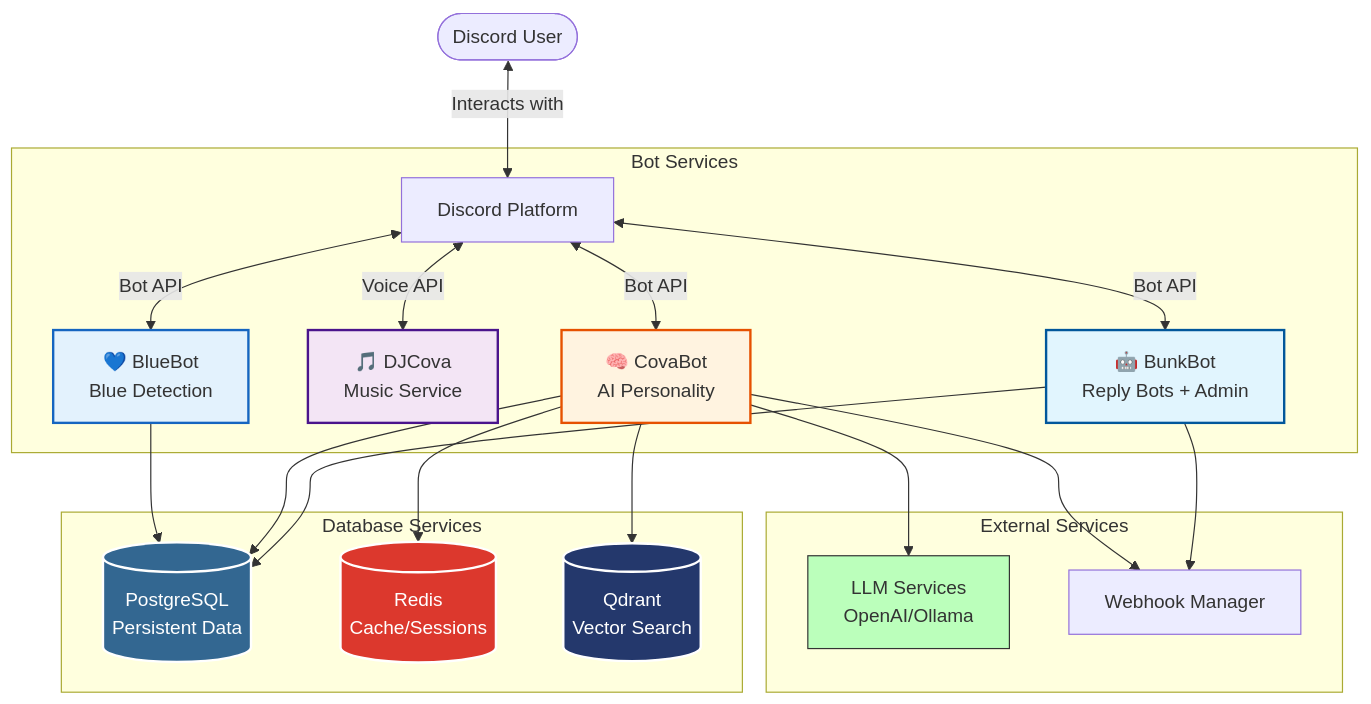
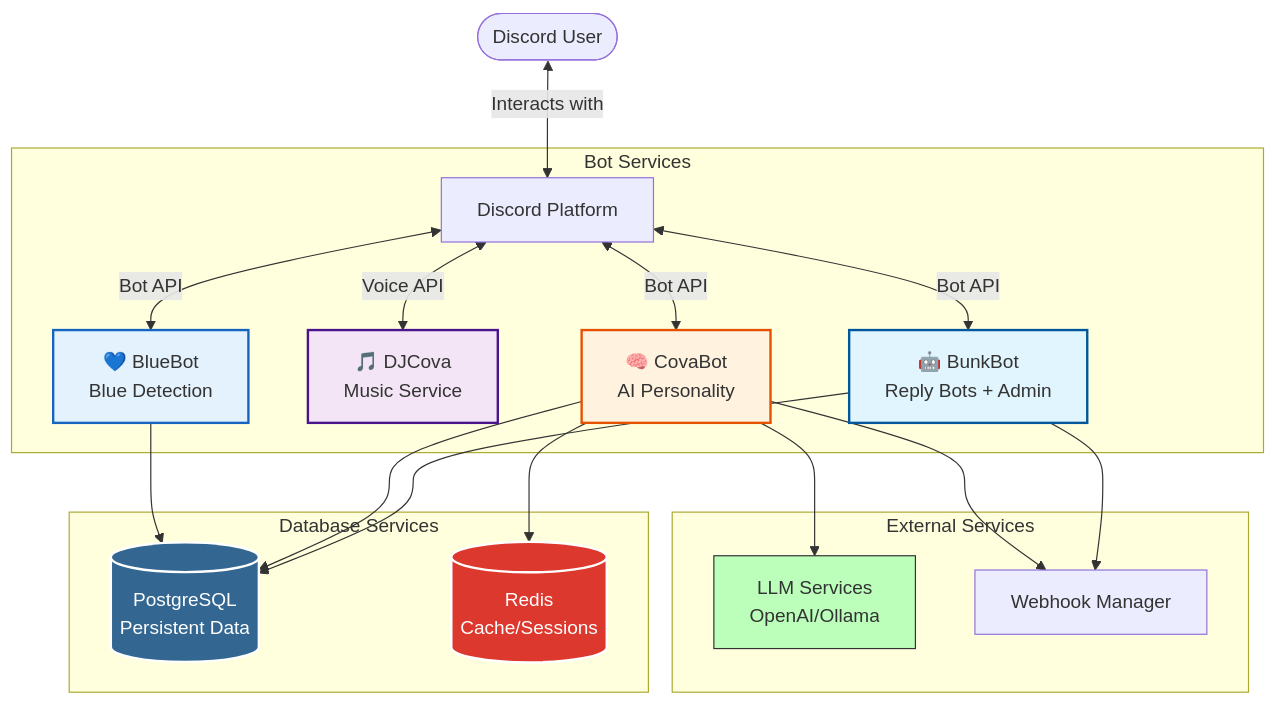
The first of 2 diagrams in .github/README.md (andrewgari/starbunk-js), drawn with Mermaid before and after one commit. The commit also changed other lines of this file and 13 other files, not shown here.

````diff
--- a/.github/README.md
+++ b/.github/README.md
@@ -247,41 +239,38 @@
 ```mermaid
 graph TD
     User([Discord User]) <-->|Interacts with| Discord[Discord Platform]
 
     subgraph "Bot Services"
         Discord <-->|Bot API| BunkBot[🤖 BunkBot<br/>Reply Bots + Admin]
         Discord <-->|Voice API| DJCova[🎵 DJCova<br/>Music Service]
         Discord <-->|Bot API| CovaBot[🧠 CovaBot<br/>AI Personality]
         Discord <-->|Bot API| BlueBot[💙 BlueBot<br/>Blue Detection]
     end
 
     subgraph "Database Services"
         PostgresDB[(PostgreSQL<br/>Persistent Data)]
         RedisDB[(Redis<br/>Cache/Sessions)]
-        QdrantDB[(Qdrant<br/>Vector Search)]
     end
 
     subgraph "External Services"
         LLM[LLM Services<br/>OpenAI/Ollama]
         Webhooks[Webhook Manager]
     end
 
     BunkBot --> PostgresDB
     CovaBot --> PostgresDB
     CovaBot --> RedisDB
-    CovaBot --> QdrantDB
     BlueBot --> PostgresDB
 
     CovaBot --> LLM
     BunkBot --> Webhooks
     CovaBot --> Webhooks
 
     style BunkBot fill:#e1f5fe,stroke:#01579b,stroke-width:2px
     style DJCova fill:#f3e5f5,stroke:#4a148c,stroke-width:2px
     style CovaBot fill:#fff3e0,stroke:#e65100,stroke-width:2px
     style BlueBot fill:#e3f2fd,stroke:#1565c0,stroke-width:2px
     style PostgresDB fill:#336791,stroke:#fff,stroke-width:2px,color:#fff
     style RedisDB fill:#DC382D,stroke:#fff,stroke-width:2px,color:#fff
-    style QdrantDB fill:#24386C,stroke:#fff,stroke-width:2px,color:#fff
     style LLM fill:#bfb,stroke:#333,stroke-width:1px
 ```
````
